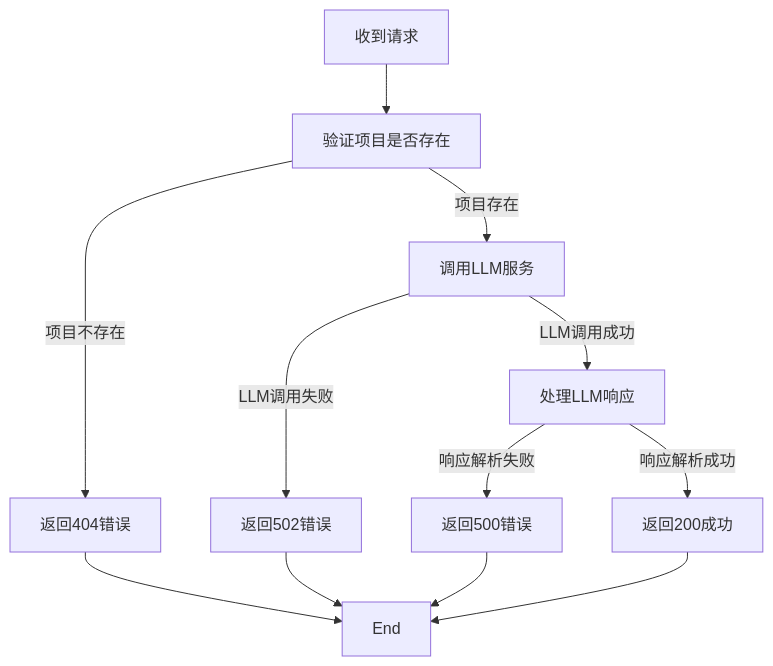
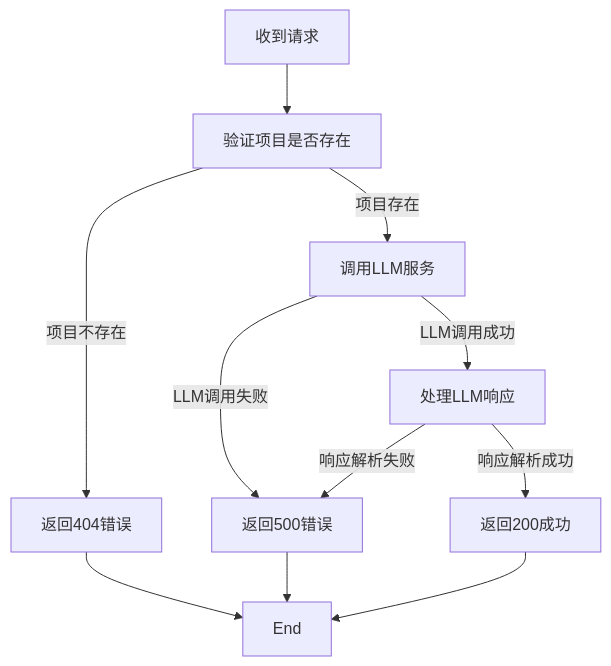
Before and after one commit to aidanguan/testserver: the fifth of 5 diagrams in .qoder/repowiki/zh/content/API参考/测试用例API.md, drawn with Mermaid. The commit also changed other lines of this file and 91 other files, not shown here.

````diff
--- a/.qoder/repowiki/zh/content/API参考/测试用例API.md
+++ b/.qoder/repowiki/zh/content/API参考/测试用例API.md
@@ -228,14 +209,13 @@
 ```mermaid
 flowchart TD
 Request[收到请求] --> ValidateProject["验证项目是否存在"]
 ValidateProject --> |项目不存在| Return404["返回404错误"]
 ValidateProject --> |项目存在| ValidateLLM["调用LLM服务"]
-ValidateLLM --> |LLM调用失败| Return502["返回502错误"]
+ValidateLLM --> |LLM调用失败| Return500["返回500错误"]
 ValidateLLM --> |LLM调用成功| ProcessResponse["处理LLM响应"]
 ProcessResponse --> |响应解析失败| Return500["返回500错误"]
 ProcessResponse --> |响应解析成功| Return200["返回200成功"]
 Return404 --> End
-Return502 --> End
 Return500 --> End
 Return200 --> End
 ```
````
